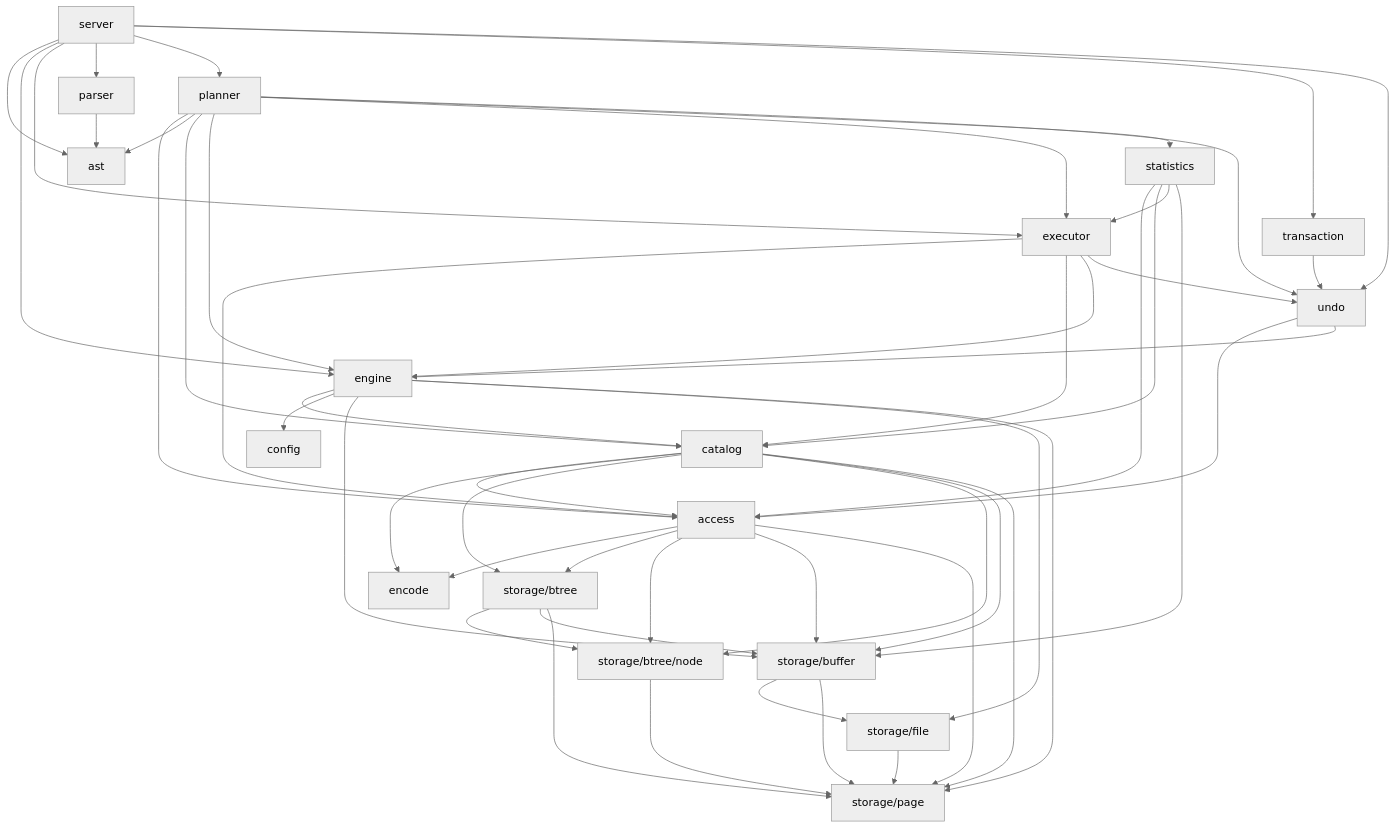
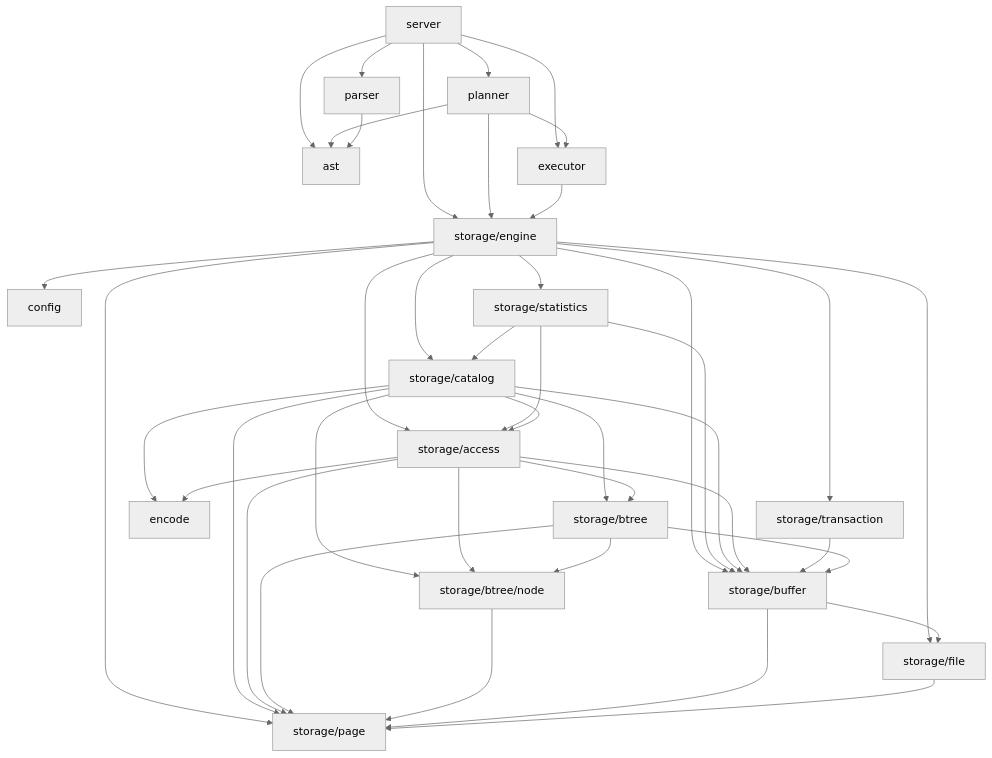
Before and after one commit to ren-yamanashi/minesql: the first of 2 diagrams in docs/architecture/package-graph.md, drawn with Mermaid (neutral theme). The commit also changed other lines of this file and 53 other files, not shown here.

````diff
--- a/docs/architecture/package-graph.md
+++ b/docs/architecture/package-graph.md
@@ -7,65 +7,55 @@
 ```mermaid
 graph TD
     server --> ast
-    server --> engine
     server --> executor
     server --> parser
     server --> planner
-    server --> transaction
-    server --> undo
+    server --> storage/engine
 
-    planner --> access
     planner --> ast
-    planner --> catalog
-    planner --> engine
     planner --> executor
-    planner --> statistics
-    planner --> undo
+    planner --> storage/engine
 
-    executor --> access
-    executor --> catalog
-    executor --> engine
-    executor --> undo
-
-    statistics --> access
-    statistics --> catalog
-    statistics --> executor
-    statistics --> storage/buffer
-
-    catalog --> access
-    catalog --> encode
-    catalog --> storage/btree
-    catalog --> storage/btree/node
-    catalog --> storage/buffer
-    catalog --> storage/page
+    executor --> storage/engine
 
     parser --> ast
 
-    transaction --> undo
+    storage/engine --> config
+    storage/engine --> storage/access
+    storage/engine --> storage/buffer
+    storage/engine --> storage/catalog
+    storage/engine --> storage/file
+    storage/engine --> storage/page
+    storage/engine --> storage/statistics
+    storage/engine --> storage/transaction
 
-    undo --> access
-    undo --> engine
+    storage/statistics --> storage/access
+    storage/statistics --> storage/buffer
+    storage/statistics --> storage/catalog
 
-    access --> encode
-    access --> storage/btree
-    access --> storage/btree/node
-    access --> storage/buffer
-    access --> storage/page
+    storage/catalog --> encode
+    storage/catalog --> storage/access
+    storage/catalog --> storage/btree
+    storage/catalog --> storage/btree/node
+    storage/catalog --> storage/buffer
+    storage/catalog --> storage/page
 
-    engine --> catalog
-    engine --> config
-    engine --> storage/buffer
-    engine --> storage/file
-    engine --> storage/page
+    storage/access --> encode
+    storage/access --> storage/btree
+    storage/access --> storage/btree/node
+    storage/access --> storage/buffer
+    storage/access --> storage/page
+
+    storage/transaction --> storage/buffer
 
     storage/btree --> storage/btree/node
     storage/btree --> storage/buffer
     storage/btree --> storage/page
 
     storage/btree/node --> storage/page
 
     storage/buffer --> storage/file
     storage/buffer --> storage/page
 
     storage/file --> storage/page
 ```
````
